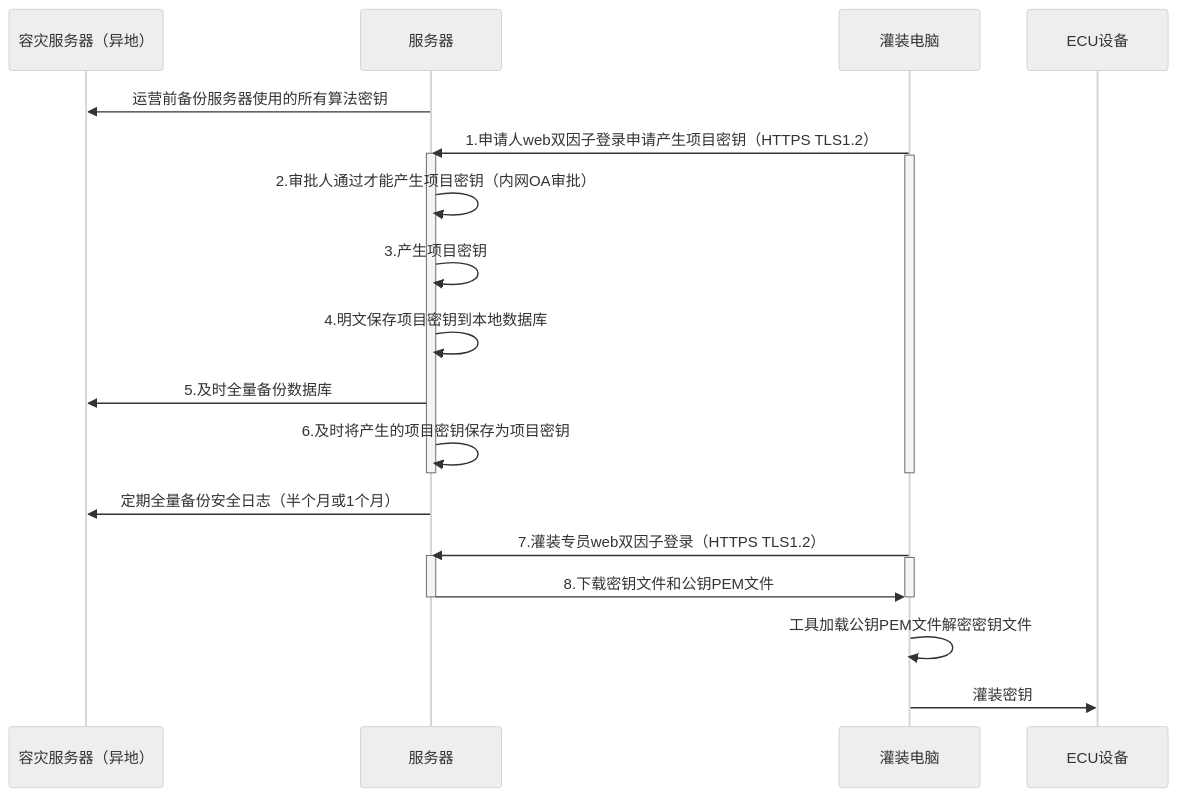
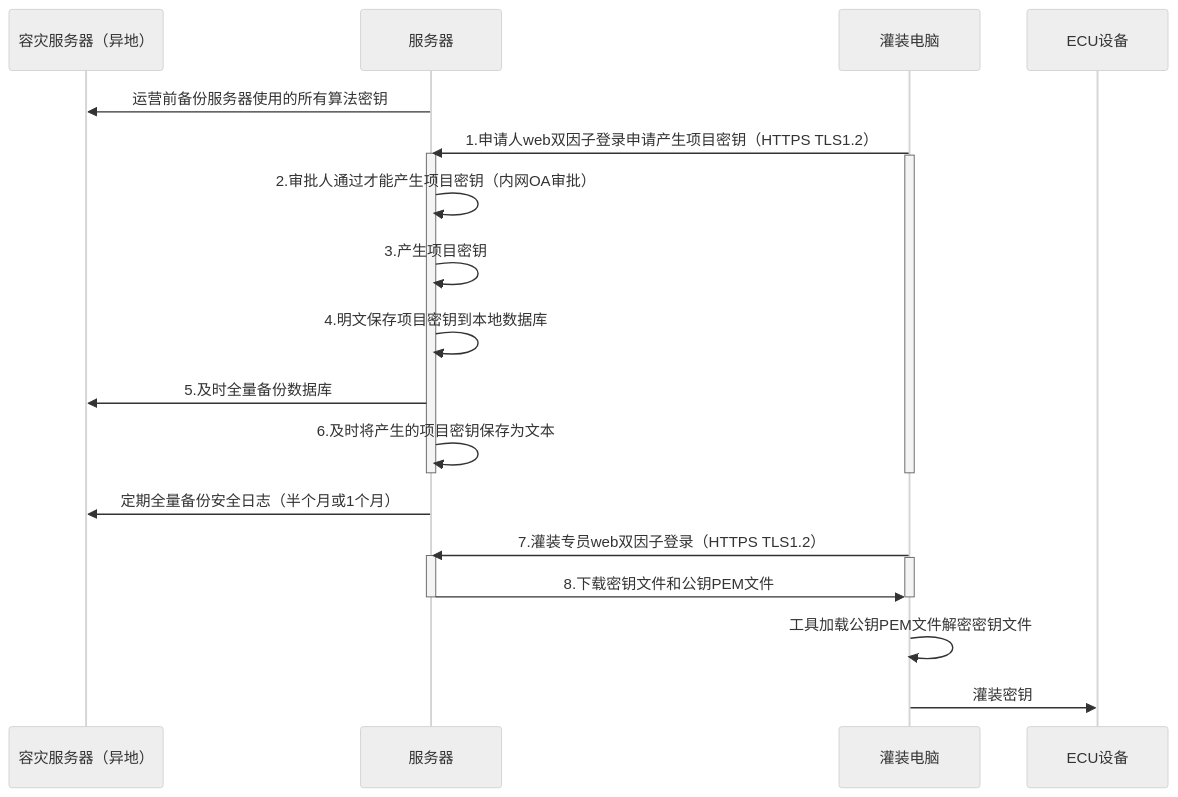
One commit to facebook-cloud/iodraw-files changed the diagram in all/未命名-17.md. Above: the diagram before and after it, drawn with Mermaid (neutral theme).

Commit message:
2026-03-05 20:49:45 update

````diff
--- a/all/未命名-17.md
+++ b/all/未命名-17.md
@@ -1,32 +1,32 @@
 ```mermaid
 sequenceDiagram
     participant A as 容灾服务器（异地）
     participant B as 服务器
     participant D as 灌装电脑
     participant E as ECU设备
 
     B->>A: 运营前备份服务器使用的所有算法密钥
     D->>B: 1.申请人web双因子登录申请产生项目密钥（HTTPS TLS1.2）
     activate B
     activate D
     B->>B: 2.审批人通过才能产生项目密钥（内网OA审批）
     B->>B: 3.产生项目密钥
     B->>B: 4.明文保存项目密钥到本地数据库
     B->>A: 5.及时全量备份数据库
-    B->>B: 6.及时将产生的项目密钥保存为项目密钥
+    B->>B: 6.及时将产生的项目密钥保存为文本
     deactivate B
     deactivate D
 
     B->>A: 定期全量备份安全日志（半个月或1个月）
     
     D->>B: 7.灌装专员web双因子登录（HTTPS TLS1.2）
     activate B
     activate D
     B->>D: 8.下载密钥文件和公钥PEM文件
     deactivate B
     deactivate D
 
     D->>D:工具加载公钥PEM文件解密密钥文件
     
     D->>E: 灌装密钥
 ```
````
